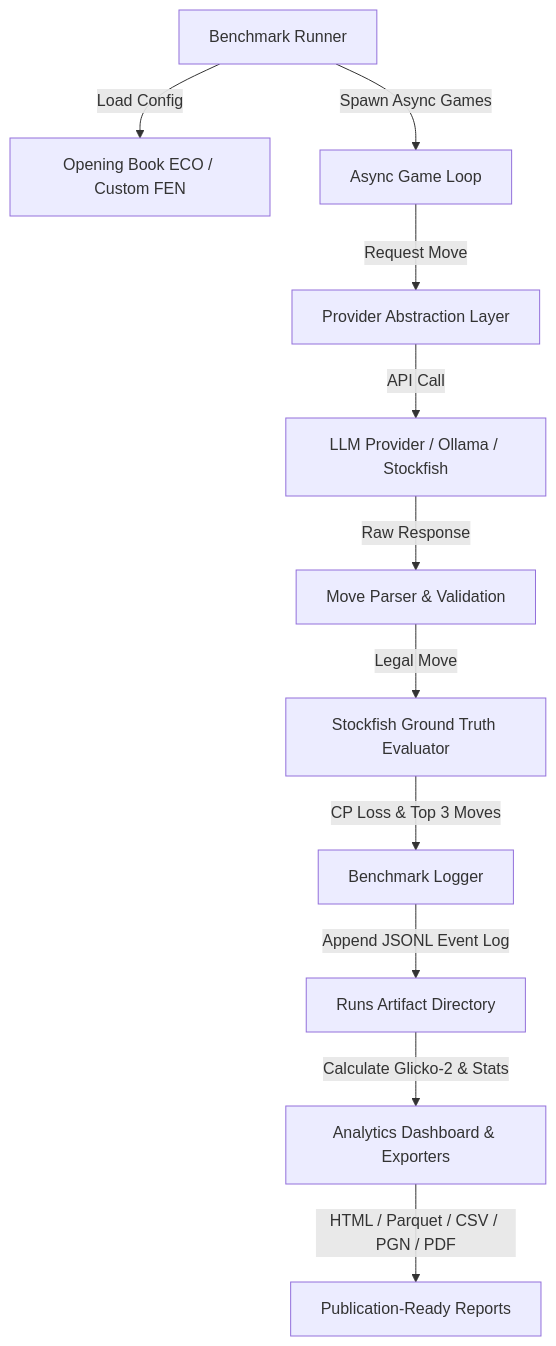
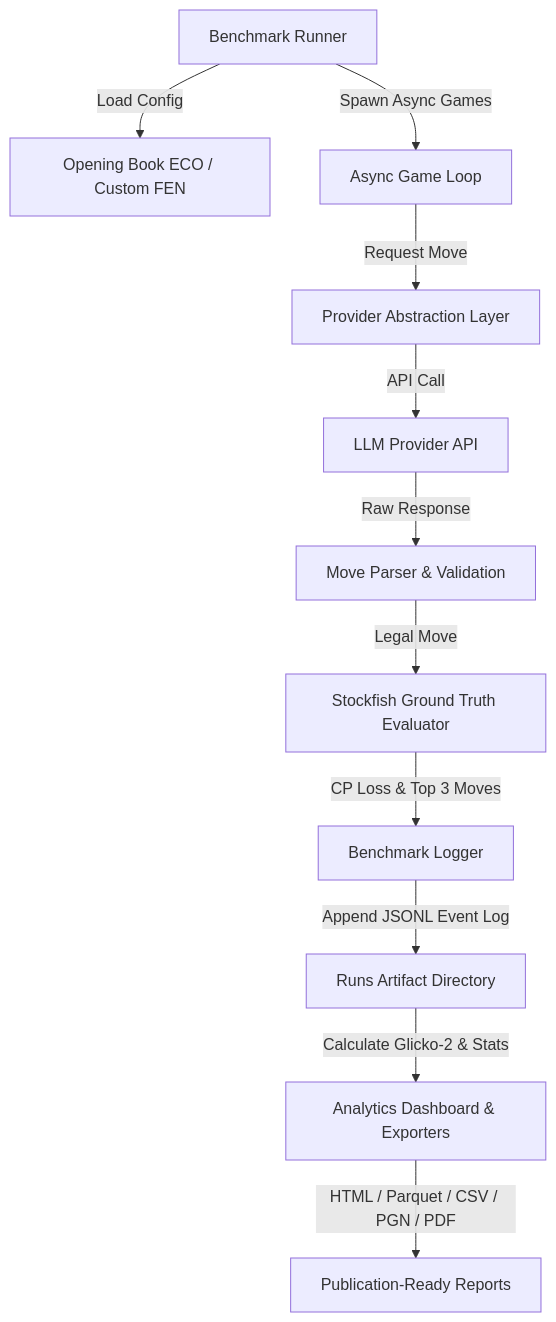
The diagram in README.md (3bdrahman/chess_fight), drawn with Mermaid before and after one commit. The commit also changed other lines of this file and 6 other files, not shown here.

````diff
--- a/README.md
+++ b/README.md
@@ -133,13 +131,13 @@
 ```mermaid
 flowchart TD
     A[Benchmark Runner] -->|Load Config| B[Opening Book ECO / Custom FEN]
     A -->|Spawn Async Games| C[Async Game Loop]
     C -->|Request Move| D[Provider Abstraction Layer]
-    D -->|API Call| E[LLM Provider / Ollama / Stockfish]
+    D -->|API Call| E[LLM Provider API]
     E -->|Raw Response| F[Move Parser & Validation]
     F -->|Legal Move| G[Stockfish Ground Truth Evaluator]
     G -->|CP Loss & Top 3 Moves| H[Benchmark Logger]
     H -->|Append JSONL Event Log| I[Runs Artifact Directory]
     I -->|Calculate Glicko-2 & Stats| J[Analytics Dashboard & Exporters]
     J -->|HTML / Parquet / CSV / PGN / PDF| K[Publication-Ready Reports]
 ```
````
